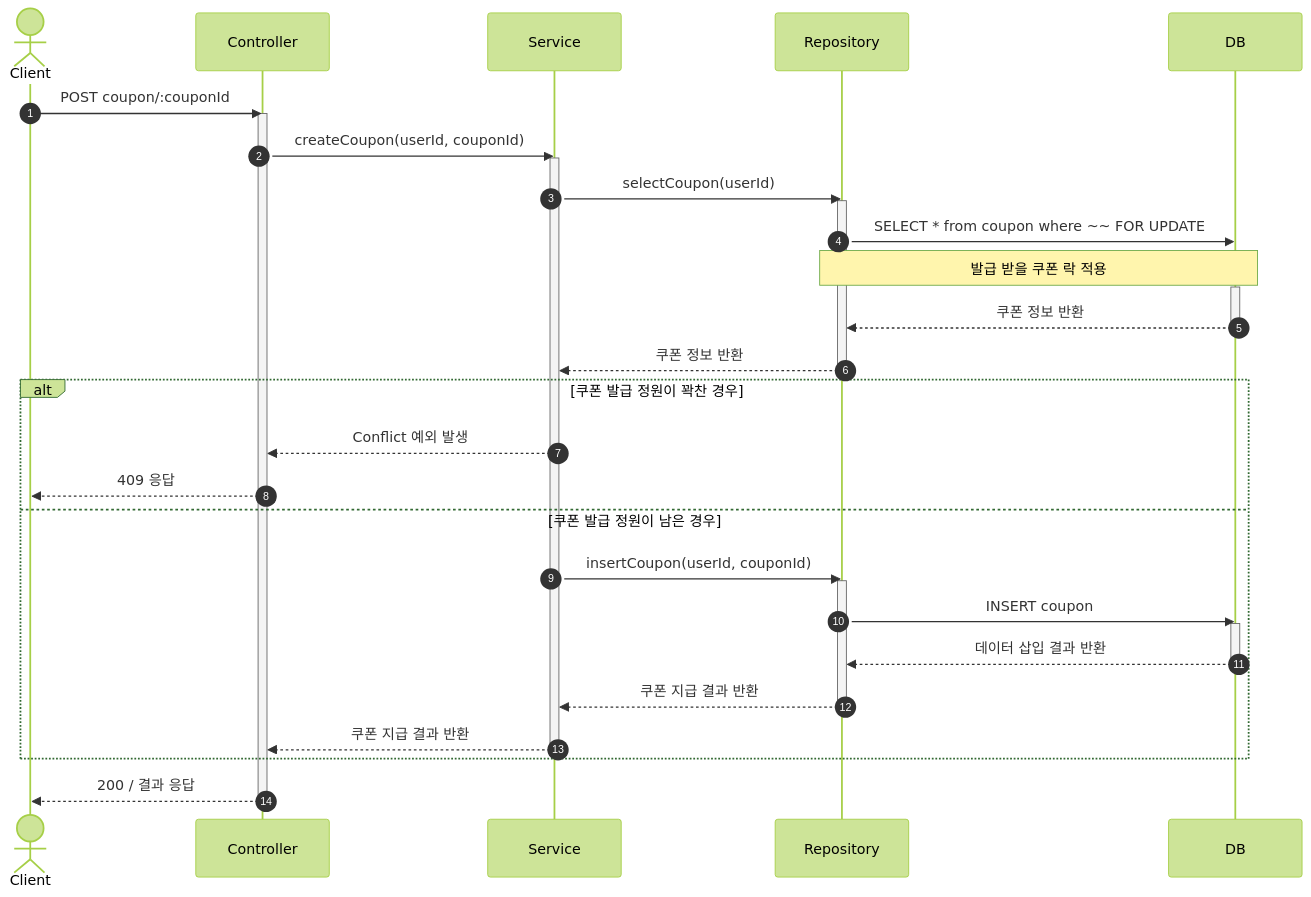
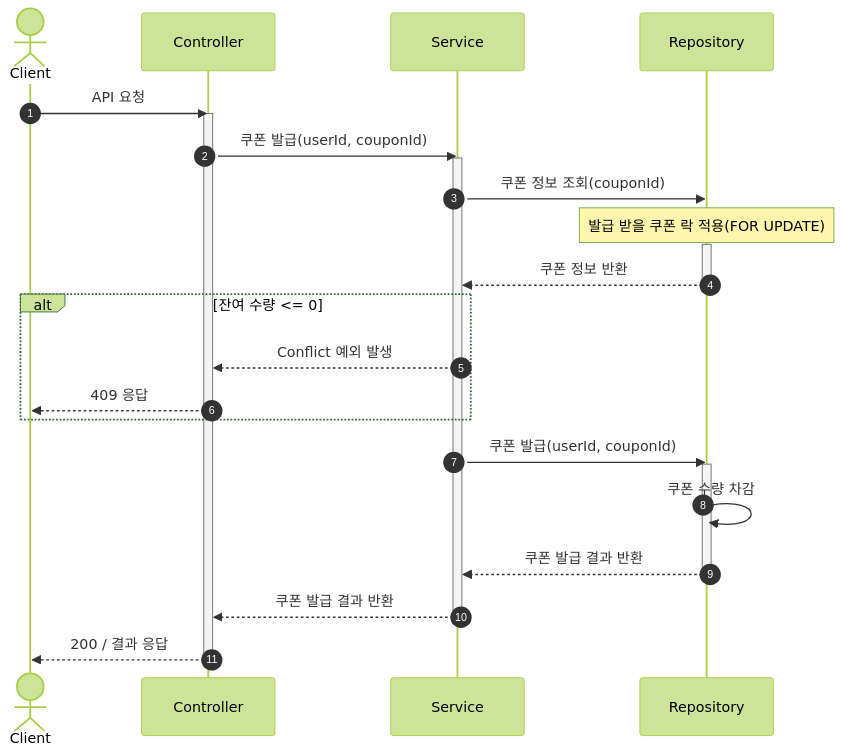
Before and after one commit to wooo73/hhplus-e-commerce: the fifth of 7 diagrams in docs/sequence-diagram.md, drawn with Mermaid (forest theme). The commit also changed other lines of this file, not shown here.

First line of the commit message:
docs: 시퀀스 다이어그램 수정

````diff
--- a/docs/sequence-diagram.md
+++ b/docs/sequence-diagram.md
@@ -131,41 +140,38 @@
 ```mermaid
 sequenceDiagram
 autonumber
     actor Client
     participant Controller
     participant Service
     participant Repository
-    participant DB
 
-    Client ->> Controller: POST coupon/:couponId
+    Client ->> Controller: API 요청
     activate Controller
-    Controller ->> Service: createCoupon(userId, couponId)
+
+    Controller ->> Service: 쿠폰 발급(userId, couponId)
     activate Service
-    Service ->> Repository: selectCoupon(userId)
+
+    Service ->> Repository: 쿠폰 정보 조회(couponId)
+    Note over Repository: 발급 받을 쿠폰 락 적용(FOR UPDATE)
     activate Repository
-    Repository ->> DB: SELECT * from coupon where ~~ FOR UPDATE
-    Note over Repository, DB: 발급 받을 쿠폰 락 적용
-    activate DB
-    DB -->> Repository: 쿠폰 정보 반환
-    deactivate DB
+
     Repository -->> Service: 쿠폰 정보 반환
     deactivate Repository
 
-    alt 쿠폰 발급 정원이 꽉찬 경우
+    alt 잔여 수량 <= 0
         Service -->> Controller: Conflict 예외 발생
         Controller -->> Client: 409 응답
-    else 쿠폰 발급 정원이 남은 경우
-        Service ->> Repository: insertCoupon(userId, couponId)
-        activate Repository
-        Repository ->> DB: INSERT coupon
-        activate DB
-        DB -->> Repository: 데이터 삽입 결과 반환
-        deactivate DB
-        Repository -->> Service: 쿠폰 지급 결과 반환
-        deactivate Repository
-        Service -->> Controller: 쿠폰 지급 결과 반환
-        deactivate Service
     end
+
+    Service ->> Repository: 쿠폰 발급(userId, couponId)
+    activate Repository
+    Repository ->> Repository: 쿠폰 수량 차감
+    Repository -->> Service: 쿠폰 발급 결과 반환
+    deactivate Repository
+
+    Service -->> Controller: 쿠폰 발급 결과 반환
+    deactivate Service
+
     Controller -->> Client: 200 / 결과 응답
     deactivate Controller
 ```
````
